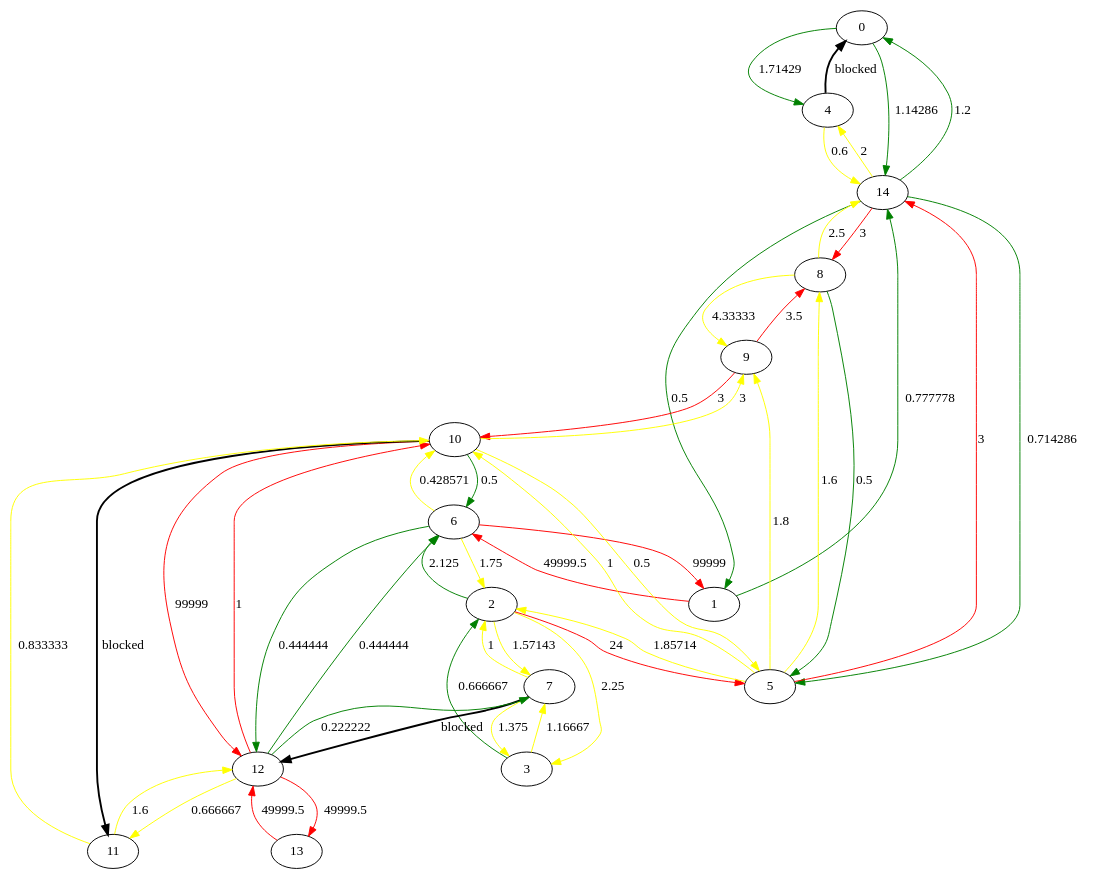
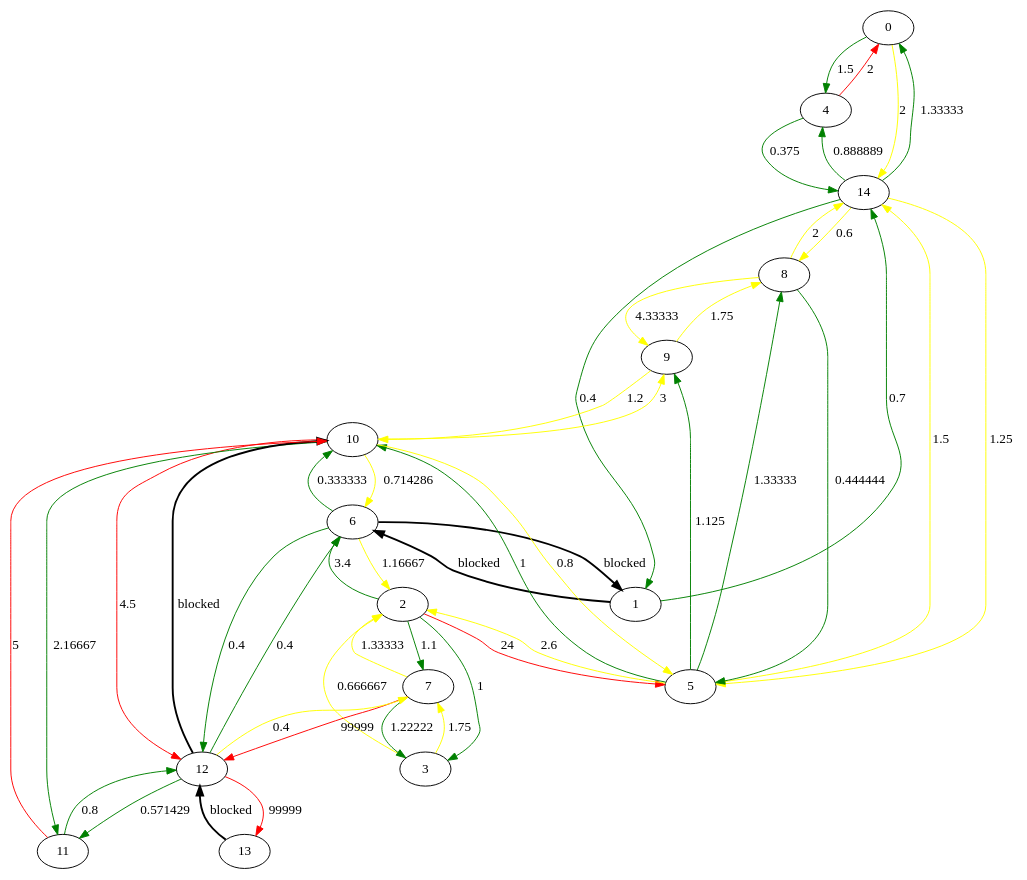
One commit to Code-with-ease/road-not-taken changed the diagram in output.dot. Above: the diagram before and after it, drawn with Graphviz. The commit also changed 2 other files, not shown here.

```diff
--- a/output.dot
+++ b/output.dot
@@ -1,49 +1,49 @@
 digraph Test {
-0 -> 4[label="1.71429",color= green, penwidth="1"];
-0 -> 14[label="1.14286",color= green, penwidth="1"];
-1 -> 6[label="49999.5",color= red, penwidth="1"];
-1 -> 14[label="0.777778",color= green, penwidth="1"];
-2 -> 3[label="2.25",color= yellow, penwidth="1"];
+0 -> 4[label="1.5",color= green, penwidth="1"];
+0 -> 14[label="2",color= yellow, penwidth="1"];
+1 -> 6[label="blocked",color= black, penwidth="2"];
+1 -> 14[label="0.7",color= green, penwidth="1"];
+2 -> 3[label="1",color= green, penwidth="1"];
 2 -> 5[label="24",color= red, penwidth="1"];
-2 -> 6[label="2.125",color= green, penwidth="1"];
-2 -> 7[label="1.57143",color= yellow, penwidth="1"];
-3 -> 2[label="0.666667",color= green, penwidth="1"];
-3 -> 7[label="1.16667",color= yellow, penwidth="1"];
-4 -> 0[label="blocked",color= black, penwidth="2"];
-4 -> 14[label="0.6",color= yellow, penwidth="1"];
-5 -> 2[label="1.85714",color= yellow, penwidth="1"];
-5 -> 8[label="1.6",color= yellow, penwidth="1"];
-5 -> 9[label="1.8",color= yellow, penwidth="1"];
-5 -> 10[label="1",color= yellow, penwidth="1"];
-5 -> 14[label="3",color= red, penwidth="1"];
-6 -> 1[label="99999",color= red, penwidth="1"];
-6 -> 2[label="1.75",color= yellow, penwidth="1"];
-6 -> 10[label="0.428571",color= yellow, penwidth="1"];
-6 -> 12[label="0.444444",color= green, penwidth="1"];
-7 -> 2[label="1",color= yellow, penwidth="1"];
-7 -> 3[label="1.375",color= yellow, penwidth="1"];
-7 -> 12[label="blocked",color= black, penwidth="2"];
-8 -> 5[label="0.5",color= green, penwidth="1"];
+2 -> 6[label="3.4",color= green, penwidth="1"];
+2 -> 7[label="1.1",color= green, penwidth="1"];
+3 -> 2[label="0.666667",color= yellow, penwidth="1"];
+3 -> 7[label="1.75",color= yellow, penwidth="1"];
+4 -> 0[label="2",color= red, penwidth="1"];
+4 -> 14[label="0.375",color= green, penwidth="1"];
+5 -> 2[label="2.6",color= yellow, penwidth="1"];
+5 -> 8[label="1.33333",color= green, penwidth="1"];
+5 -> 9[label="1.125",color= green, penwidth="1"];
+5 -> 10[label="1",color= green, penwidth="1"];
+5 -> 14[label="1.5",color= yellow, penwidth="1"];
+6 -> 1[label="blocked",color= black, penwidth="2"];
+6 -> 2[label="1.16667",color= yellow, penwidth="1"];
+6 -> 10[label="0.333333",color= green, penwidth="1"];
+6 -> 12[label="0.4",color= green, penwidth="1"];
+7 -> 2[label="1.33333",color= yellow, penwidth="1"];
+7 -> 3[label="1.22222",color= green, penwidth="1"];
+7 -> 12[label="99999",color= red, penwidth="1"];
+8 -> 5[label="0.444444",color= green, penwidth="1"];
 8 -> 9[label="4.33333",color= yellow, penwidth="1"];
-8 -> 14[label="2.5",color= yellow, penwidth="1"];
-9 -> 8[label="3.5",color= red, penwidth="1"];
-9 -> 10[label="3",color= red, penwidth="1"];
-10 -> 5[label="0.5",color= yellow, penwidth="1"];
-10 -> 6[label="0.5",color= green, penwidth="1"];
+8 -> 14[label="2",color= yellow, penwidth="1"];
+9 -> 8[label="1.75",color= yellow, penwidth="1"];
+9 -> 10[label="1.2",color= yellow, penwidth="1"];
+10 -> 5[label="0.8",color= yellow, penwidth="1"];
+10 -> 6[label="0.714286",color= yellow, penwidth="1"];
 10 -> 9[label="3",color= yellow, penwidth="1"];
-10 -> 11[label="blocked",color= black, penwidth="2"];
-10 -> 12[label="99999",color= red, penwidth="1"];
-11 -> 10[label="0.833333",color= yellow, penwidth="1"];
-11 -> 12[label="1.6",color= yellow, penwidth="1"];
-12 -> 6[label="0.444444",color= green, penwidth="1"];
-12 -> 7[label="0.222222",color= green, penwidth="1"];
-12 -> 10[label="1",color= red, penwidth="1"];
-12 -> 11[label="0.666667",color= yellow, penwidth="1"];
-12 -> 13[label="49999.5",color= red, penwidth="1"];
-13 -> 12[label="49999.5",color= red, penwidth="1"];
-14 -> 0[label="1.2",color= green, penwidth="1"];
-14 -> 1[label="0.5",color= green, penwidth="1"];
-14 -> 4[label="2",color= yellow, penwidth="1"];
-14 -> 5[label="0.714286",color= green, penwidth="1"];
-14 -> 8[label="3",color= red, penwidth="1"];
+10 -> 11[label="2.16667",color= green, penwidth="1"];
+10 -> 12[label="4.5",color= red, penwidth="1"];
+11 -> 10[label="5",color= red, penwidth="1"];
+11 -> 12[label="0.8",color= green, penwidth="1"];
+12 -> 6[label="0.4",color= green, penwidth="1"];
+12 -> 7[label="0.4",color= yellow, penwidth="1"];
+12 -> 10[label="blocked",color= black, penwidth="2"];
+12 -> 11[label="0.571429",color= green, penwidth="1"];
+12 -> 13[label="99999",color= red, penwidth="1"];
+13 -> 12[label="blocked",color= black, penwidth="2"];
+14 -> 0[label="1.33333",color= green, penwidth="1"];
+14 -> 1[label="0.4",color= green, penwidth="1"];
+14 -> 4[label="0.888889",color= green, penwidth="1"];
+14 -> 5[label="1.25",color= yellow, penwidth="1"];
+14 -> 8[label="0.6",color= yellow, penwidth="1"];
 }
```
